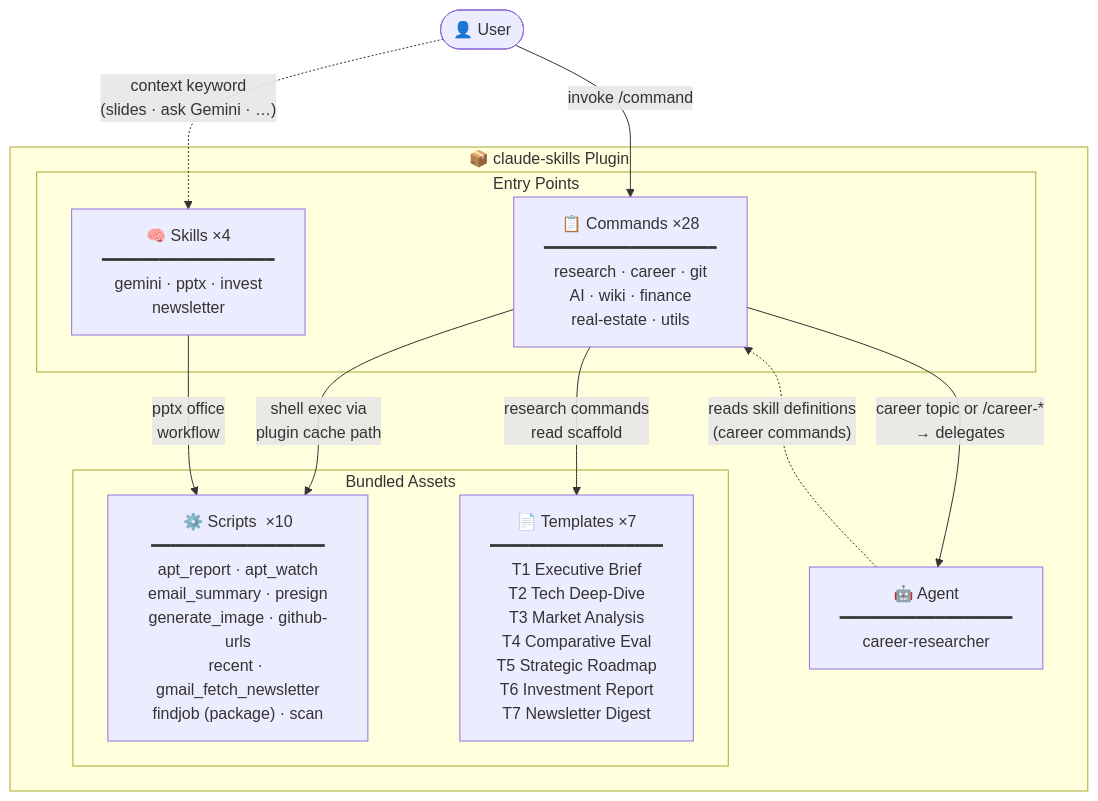
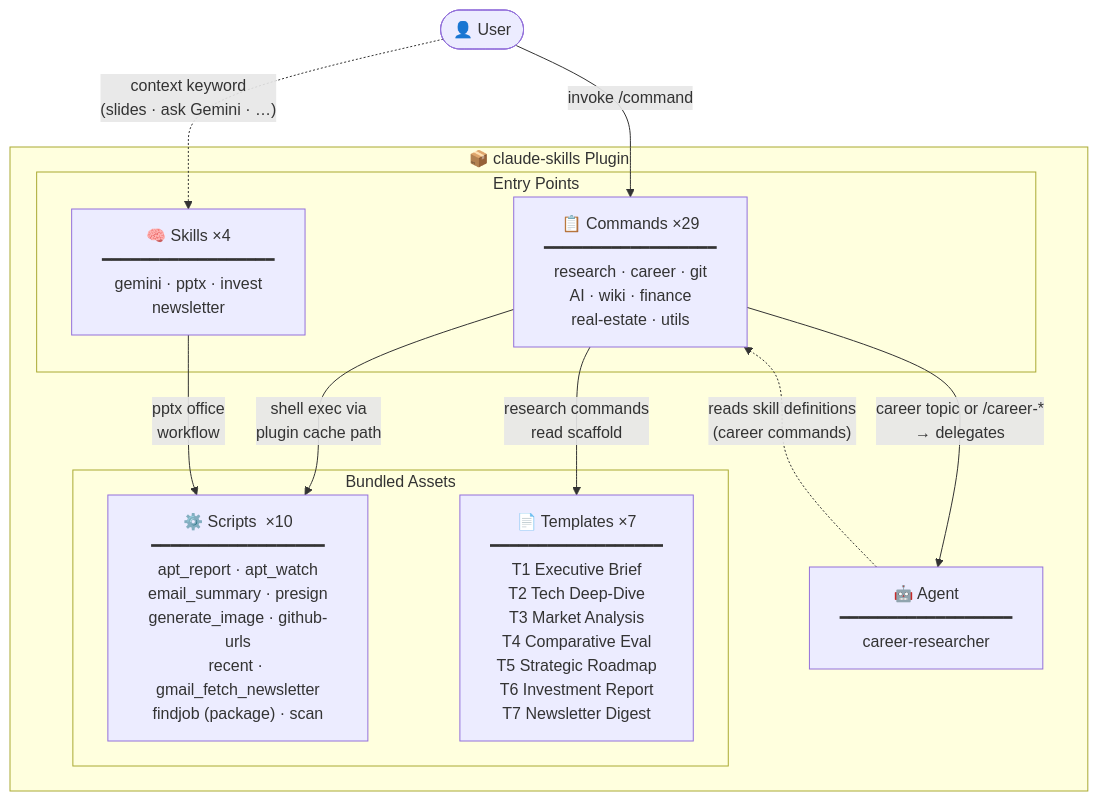
The diagram in README.md (liks79/claude-skills), drawn with Mermaid before and after one commit. The commit also changed other lines of this file and 11 other files, not shown here.

````diff
--- a/README.md
+++ b/README.md
@@ -14,27 +14,27 @@
 ```mermaid
 flowchart TD
     User(["👤 User"])
 
     subgraph Plugin["📦  claude-skills  Plugin"]
         subgraph Entry["Entry Points"]
-            CMDS["📋 Commands  ×28\n━━━━━━━━━━━━━━━━━━\nresearch · career · git\nAI · wiki · finance\nreal-estate · utils"]
+            CMDS["📋 Commands  ×29\n━━━━━━━━━━━━━━━━━━\nresearch · career · git\nAI · wiki · finance\nreal-estate · utils"]
             SKILLS["🧠 Skills  ×4\n━━━━━━━━━━━━━━━━━━\ngemini  ·  pptx  ·  invest\nnewsletter"]
         end
 
         AGENT["🤖 Agent\n━━━━━━━━━━━━━━━━━━\ncareer-researcher"]
 
         subgraph Assets["Bundled Assets"]
             SCRIPTS["⚙️ Scripts  ×10\n━━━━━━━━━━━━━━━━━━\napt_report · apt_watch\nemail_summary · presign\ngenerate_image · github-urls\nrecent · gmail_fetch_newsletter\nfindjob (package) · scan"]
             TMPLS["📄 Templates  ×7\n━━━━━━━━━━━━━━━━━━\nT1 Executive Brief\nT2 Tech Deep-Dive\nT3 Market Analysis\nT4 Comparative Eval\nT5 Strategic Roadmap\nT6 Investment Report\nT7 Newsletter Digest"]
         end
     end
 
     User -->|"invoke /command"| CMDS
     User -. "context keyword\n(slides · ask Gemini · …)" .-> SKILLS
 
     CMDS -->|"career topic or /career-*\n→ delegates"| AGENT
     AGENT -. "reads skill definitions\n(career commands)" .-> CMDS
     CMDS -->|"shell exec via\nplugin cache path"| SCRIPTS
     CMDS -->|"research commands\nread scaffold"| TMPLS
     SKILLS -->|"pptx office\nworkflow"| SCRIPTS
 ```
````
